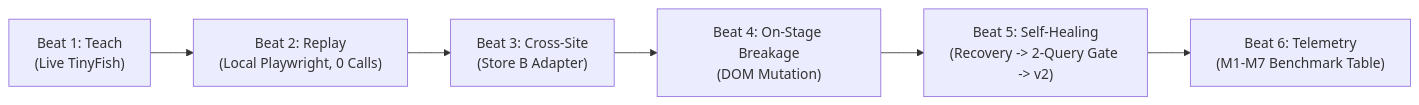
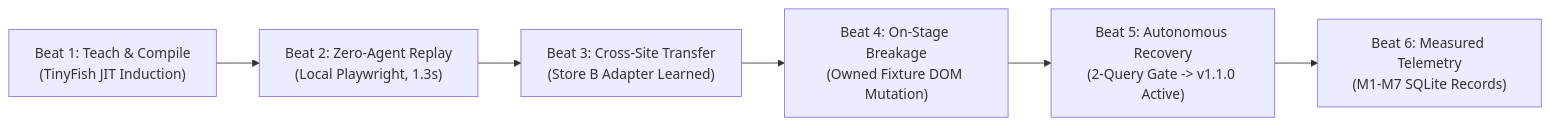
The diagram in Docs/demo-runbook.md (sagarrathi16/Tinyfish_Hackathon), drawn with Mermaid before and after one commit. The commit also changed other lines of this file and 12 other files, not shown here.

````diff
--- a/Docs/demo-runbook.md
+++ b/Docs/demo-runbook.md
@@ -33,8 +36,8 @@
 ```mermaid
 flowchart LR
-    B1["Beat 1: Teach<br/>(Live TinyFish)"] --> B2["Beat 2: Replay<br/>(Local Playwright, 0 Calls)"]
-    B2 --> B3["Beat 3: Cross-Site<br/>(Store B Adapter)"]
-    B3 --> B4["Beat 4: On-Stage Breakage<br/>(DOM Mutation)"]
-    B4 --> B5["Beat 5: Self-Healing<br/>(Recovery -> 2-Query Gate -> v2)"]
-    B5 --> B6["Beat 6: Telemetry<br/>(M1-M7 Benchmark Table)"]
+    B1["Beat 1: Teach & Compile<br/>(TinyFish JIT Induction)"] --> B2["Beat 2: Zero-Agent Replay<br/>(Local Playwright, 1.3s)"]
+    B2 --> B3["Beat 3: Cross-Site Transfer<br/>(Store B Adapter Learned)"]
+    B3 --> B4["Beat 4: On-Stage Breakage<br/>(Owned Fixture DOM Mutation)"]
+    B4 --> B5["Beat 5: Autonomous Recovery<br/>(2-Query Gate -> v1.1.0 Active)"]
+    B5 --> B6["Beat 6: Measured Telemetry<br/>(M1-M7 SQLite Records)"]
 ```
````
